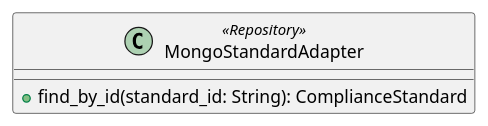
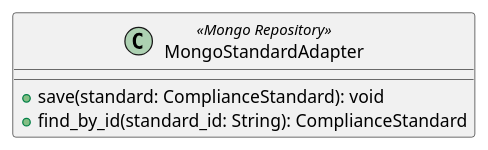
The diagram in src/PB/DocumentazioneEsterna/Specifica_Tecnica/content/uml/puml/Diagrammi_classi/Backend/OutboundAdapters/MongoStandardAdapter.puml (GroupRubberDuck/Documentazione), drawn with PlantUML before and after one commit. The commit also changed 74 other files, not shown here.

Commit message:
Feat: applicate correzioni a tutti i diagrammi con le indicazioni di Cardin, riordino cartella

```diff
--- a/src/PB/DocumentazioneEsterna/Specifica_Tecnica/content/uml/puml/Diagrammi_classi/Backend/OutboundAdapters/MongoStandardAdapter.puml
+++ b/src/PB/DocumentazioneEsterna/Specifica_Tecnica/content/uml/puml/Diagrammi_classi/Backend/OutboundAdapters/MongoStandardAdapter.puml
@@ -1,7 +1,8 @@
 @startuml MongoStandardAdapter
 
-class MongoStandardAdapter <<Repository>> {
+class MongoStandardAdapter <<Mongo Repository>> {
+    + save(standard: ComplianceStandard): void
     + find_by_id(standard_id: String): ComplianceStandard
 }
 
 @enduml
```
